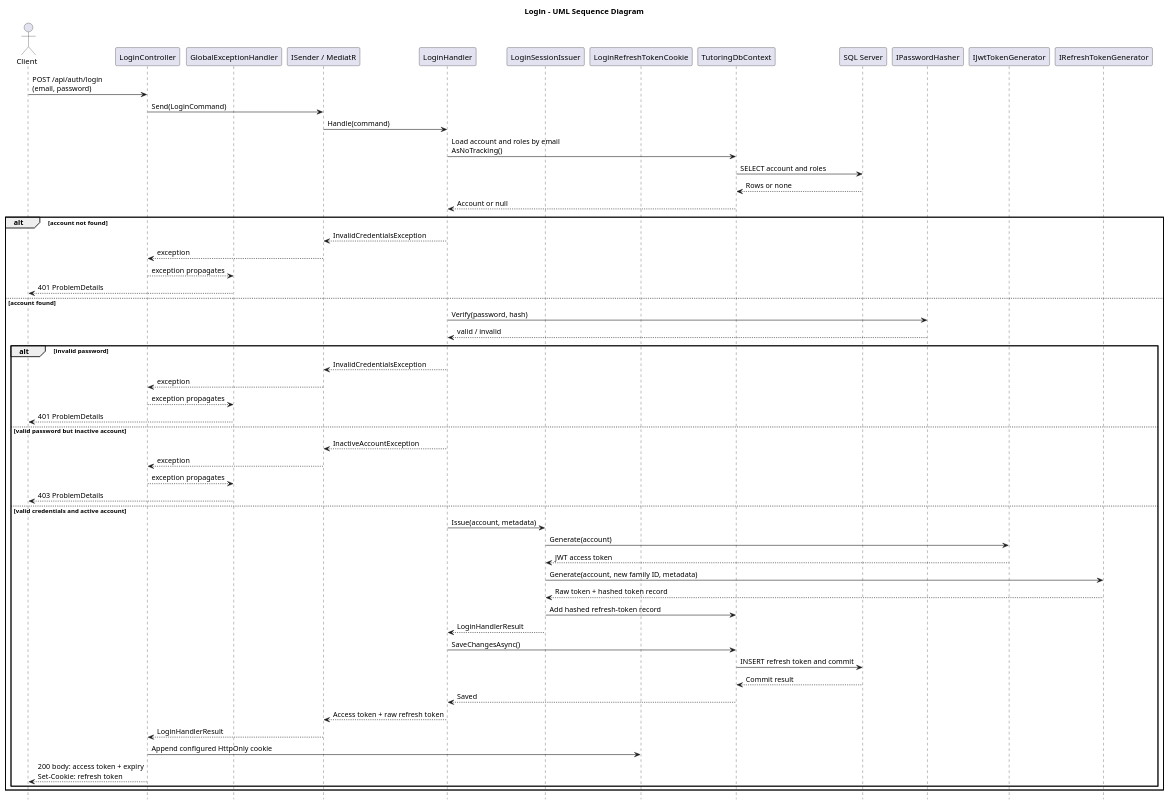
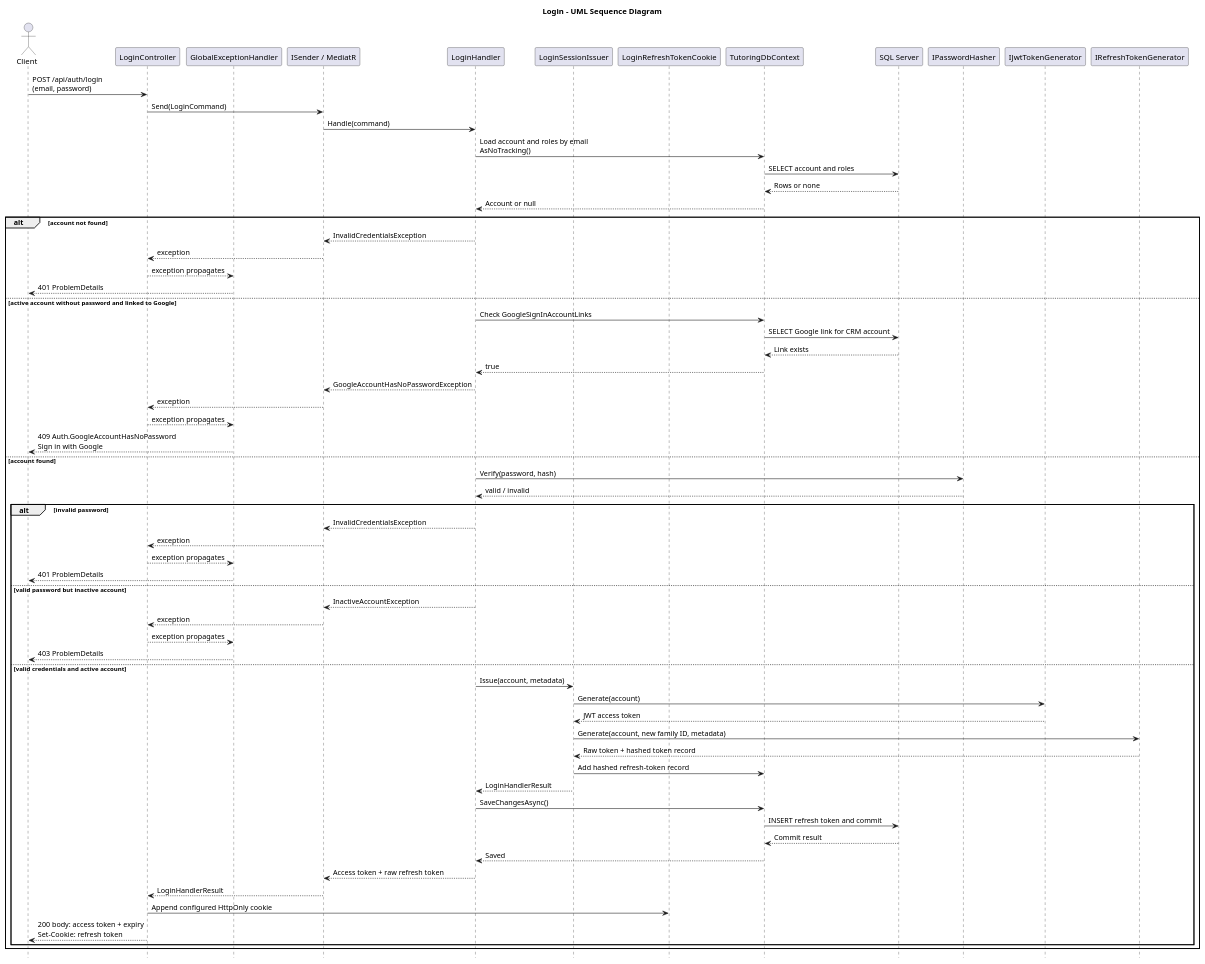
The diagram in docs/technical_docs/backend_docs/user_stories/us_002/diagrams/login.puml (JStec0312/Tutoring-CRM-System), drawn with PlantUML before and after one commit. The commit also changed 8 other files, not shown here.

Commit message:
RE #167 Show Google sign-in for passwordless accounts

```diff
--- a/docs/technical_docs/backend_docs/user_stories/us_002/diagrams/login.puml
+++ b/docs/technical_docs/backend_docs/user_stories/us_002/diagrams/login.puml
@@ -1,65 +1,74 @@
 @startuml login
 skinparam backgroundColor white
 title Login - UML Sequence Diagram
 
 hide footbox
 
 actor Client
 participant LoginController
 participant GlobalExceptionHandler
 participant "ISender / MediatR" as MediatR
 participant LoginHandler
 participant LoginSessionIssuer
 participant LoginRefreshTokenCookie
 participant TutoringDbContext
 participant "SQL Server" as Database
 participant IPasswordHasher as PasswordHasher
 participant IJwtTokenGenerator as JwtTokenGenerator
 participant IRefreshTokenGenerator as RefreshTokenGenerator
 
 Client -> LoginController : POST /api/auth/login\n(email, password)
 LoginController -> MediatR : Send(LoginCommand)
 MediatR -> LoginHandler : Handle(command)
 LoginHandler -> TutoringDbContext : Load account and roles by email\nAsNoTracking()
 TutoringDbContext -> Database : SELECT account and roles
 Database --> TutoringDbContext : Rows or none
 TutoringDbContext --> LoginHandler : Account or null
 
 alt account not found
     LoginHandler --> MediatR : InvalidCredentialsException
     MediatR --> LoginController : exception
     LoginController --> GlobalExceptionHandler : exception propagates
     GlobalExceptionHandler --> Client : 401 ProblemDetails
+else active account without password and linked to Google
+    LoginHandler -> TutoringDbContext : Check GoogleSignInAccountLinks
+    TutoringDbContext -> Database : SELECT Google link for CRM account
+    Database --> TutoringDbContext : Link exists
+    TutoringDbContext --> LoginHandler : true
+    LoginHandler --> MediatR : GoogleAccountHasNoPasswordException
+    MediatR --> LoginController : exception
+    LoginController --> GlobalExceptionHandler : exception propagates
+    GlobalExceptionHandler --> Client : 409 Auth.GoogleAccountHasNoPassword\nSign in with Google
 else account found
     LoginHandler -> PasswordHasher : Verify(password, hash)
     PasswordHasher --> LoginHandler : valid / invalid
     alt invalid password
         LoginHandler --> MediatR : InvalidCredentialsException
         MediatR --> LoginController : exception
         LoginController --> GlobalExceptionHandler : exception propagates
         GlobalExceptionHandler --> Client : 401 ProblemDetails
     else valid password but inactive account
         LoginHandler --> MediatR : InactiveAccountException
         MediatR --> LoginController : exception
         LoginController --> GlobalExceptionHandler : exception propagates
         GlobalExceptionHandler --> Client : 403 ProblemDetails
     else valid credentials and active account
         LoginHandler -> LoginSessionIssuer : Issue(account, metadata)
         LoginSessionIssuer -> JwtTokenGenerator : Generate(account)
         JwtTokenGenerator --> LoginSessionIssuer : JWT access token
         LoginSessionIssuer -> RefreshTokenGenerator : Generate(account, new family ID, metadata)
         RefreshTokenGenerator --> LoginSessionIssuer : Raw token + hashed token record
         LoginSessionIssuer -> TutoringDbContext : Add hashed refresh-token record
         LoginSessionIssuer --> LoginHandler : LoginHandlerResult
         LoginHandler -> TutoringDbContext : SaveChangesAsync()
         TutoringDbContext -> Database : INSERT refresh token and commit
         Database --> TutoringDbContext : Commit result
         TutoringDbContext --> LoginHandler : Saved
         LoginHandler --> MediatR : Access token + raw refresh token
         MediatR --> LoginController : LoginHandlerResult
         LoginController -> LoginRefreshTokenCookie : Append configured HttpOnly cookie
         LoginController --> Client : 200 body: access token + expiry\nSet-Cookie: refresh token
     end
 end
 
 @enduml
```
